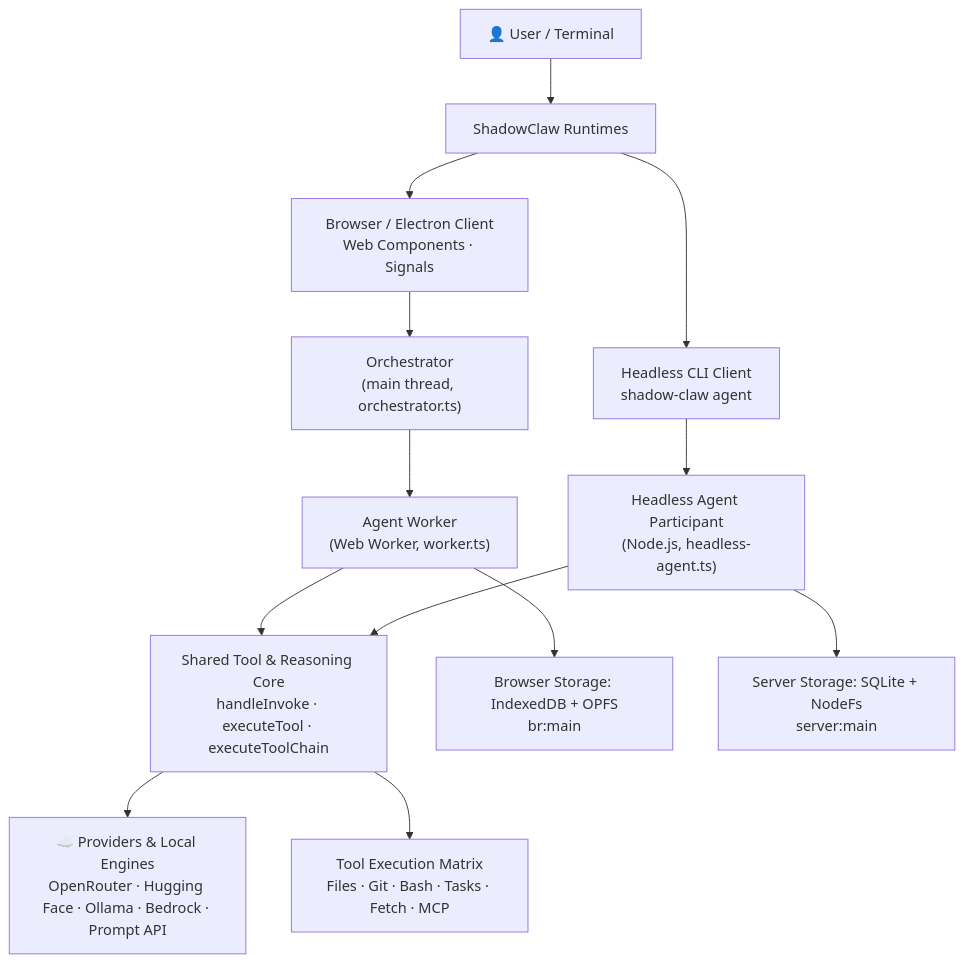
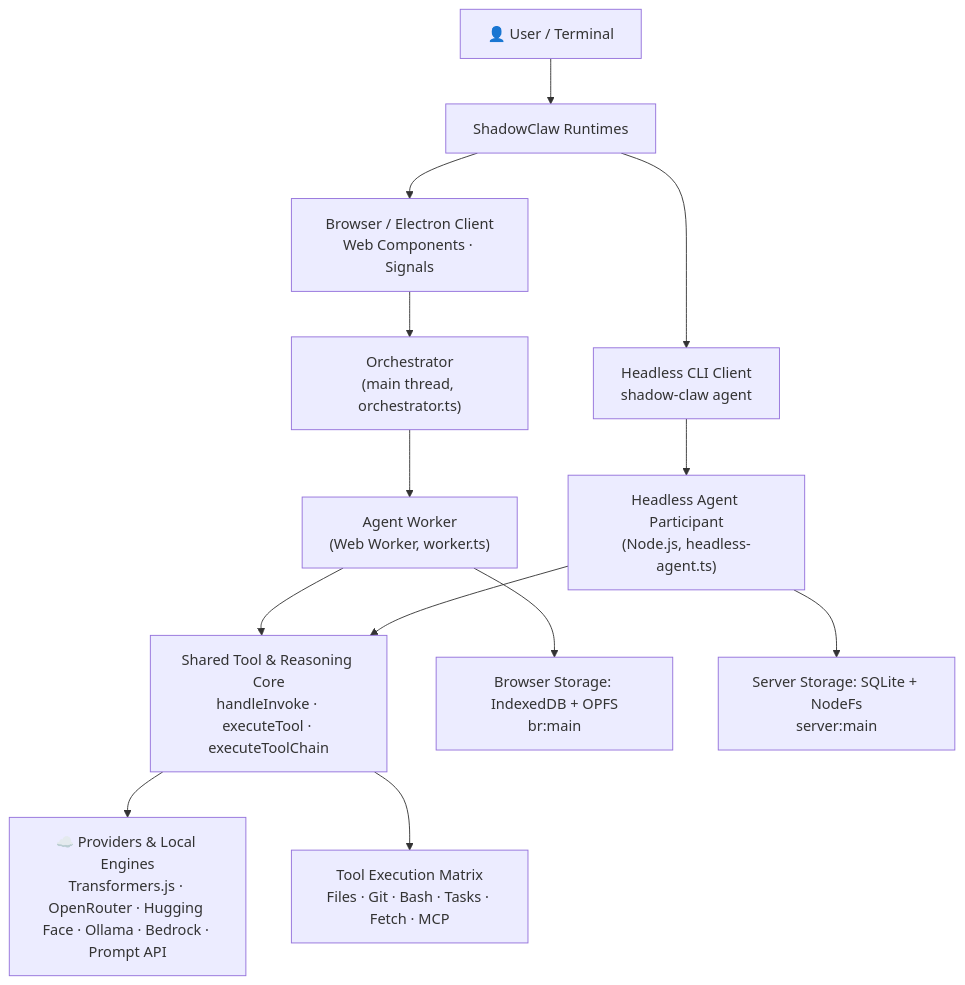
Before and after one commit to xt-ml/shadow-claw: the first of 3 diagrams in docs/architecture/overview.md, drawn with Mermaid. The commit also changed other lines of this file and 85 other files, not shown here.

````diff
--- a/docs/architecture/overview.md
+++ b/docs/architecture/overview.md
@@ -36,20 +36,20 @@
 ```mermaid
 graph TD
   User["👤 User / Terminal"] --> Runtimes["ShadowClaw Runtimes"]
   Runtimes --> UI["Browser / Electron Client<br>Web Components · Signals"]
   Runtimes --> CLI["Headless CLI Client<br>shadow-claw agent"]
 
   UI --> Orchestrator["Orchestrator<br>(main thread, orchestrator.ts)"]
   Orchestrator --> Worker["Agent Worker<br>(Web Worker, worker.ts)"]
 
   CLI --> HeadlessAgent["Headless Agent Participant<br>(Node.js, headless-agent.ts)"]
 
   Worker --> CoreEngine["Shared Tool & Reasoning Core<br>handleInvoke · executeTool · executeToolChain"]
   HeadlessAgent --> CoreEngine
 
-  CoreEngine --> Providers["☁️ Providers & Local Engines<br>OpenRouter · Hugging Face · Ollama · Bedrock · Prompt API"]
+  CoreEngine --> Providers["☁️ Providers & Local Engines<br>Transformers.js · OpenRouter · Hugging Face · Ollama · Bedrock · Prompt API"]
   CoreEngine --> Tools["Tool Execution Matrix<br>Files · Git · Bash · Tasks · Fetch · MCP"]
 
   Worker --> BrowserStorage["Browser Storage: IndexedDB + OPFS<br>br:main"]
   HeadlessAgent --> ServerStorage["Server Storage: SQLite + NodeFs<br>server:main"]
 ```
````
